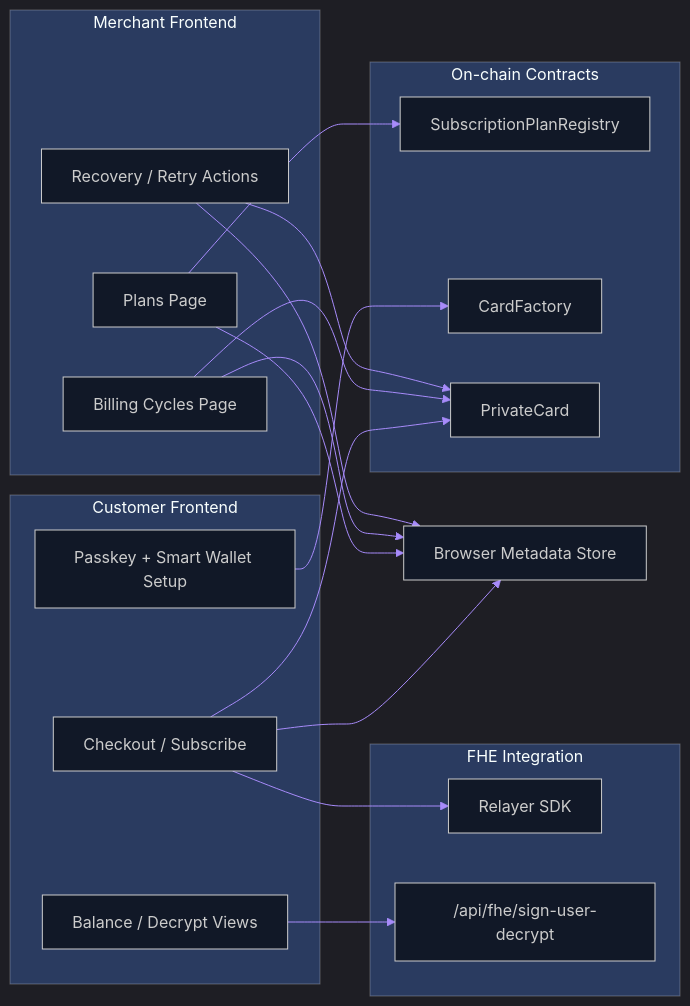
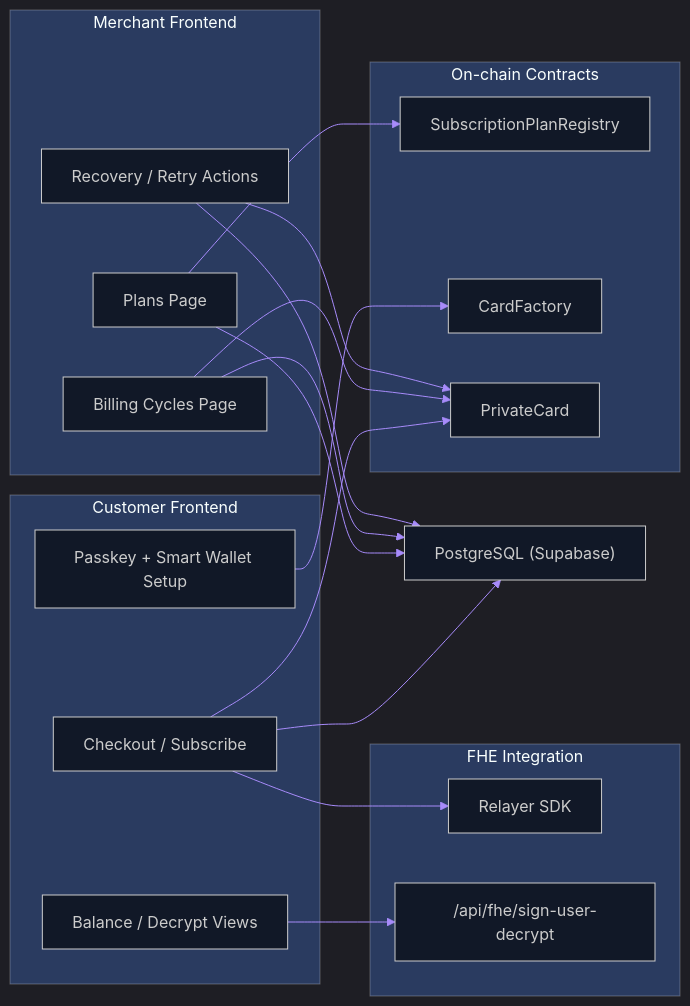
Before and after one commit to tekuuu/PayMe: the second of 2 diagrams in README.md, drawn with Mermaid. The commit also changed other lines of this file, not shown here.

First line of the commit message:
docs: update README for PostgreSQL + Drizzle ORM migration

````diff
--- a/README.md
+++ b/README.md
@@ -209,40 +216,40 @@
 ```mermaid
 %%{init: {'theme':'dark', 'themeVariables': { 'primaryColor':'#a78bfa', 'primaryTextColor':'#ffffff', 'primaryBorderColor':'#8b5cf6', 'lineColor':'#a78bfa', 'secondaryColor':'#0f172a', 'tertiaryColor':'#1e293b', 'background':'#0b1020', 'mainBkg':'#111827', 'secondBkg':'#1f2937', 'labelBackground':'#1f2937', 'labelTextColor':'#ffffff'}}}%%
 flowchart LR
     subgraph MERCHANT["Merchant Frontend"]
       MPLAN["Plans Page"]
       MBILL["Billing Cycles Page"]
       MREC["Recovery / Retry Actions"]
     end
 
     subgraph CUSTOMER["Customer Frontend"]
       CSET["Passkey + Smart Wallet Setup"]
       CBAL["Balance / Decrypt Views"]
       CSUB["Checkout / Subscribe"]
     end
 
     subgraph FHE["FHE Integration"]
       SDK["Relayer SDK"]
       DECRYPT["/api/fhe/sign-user-decrypt"]
     end
 
     subgraph ONCHAIN["On-chain Contracts"]
       SPR["SubscriptionPlanRegistry"]
       CF["CardFactory"]
       PC["PrivateCard"]
     end
 
-    MCP["Browser Metadata Store"]
+    MCP["PostgreSQL (Supabase)"]
 
     CSET --> CF
     CBAL --> DECRYPT
     CSUB --> SDK
     CSUB --> PC
     CSUB --> MCP
     MPLAN --> SPR
     MPLAN --> MCP
     MBILL --> PC
     MBILL --> MCP
     MREC --> PC
     MREC --> MCP
 ```
````
